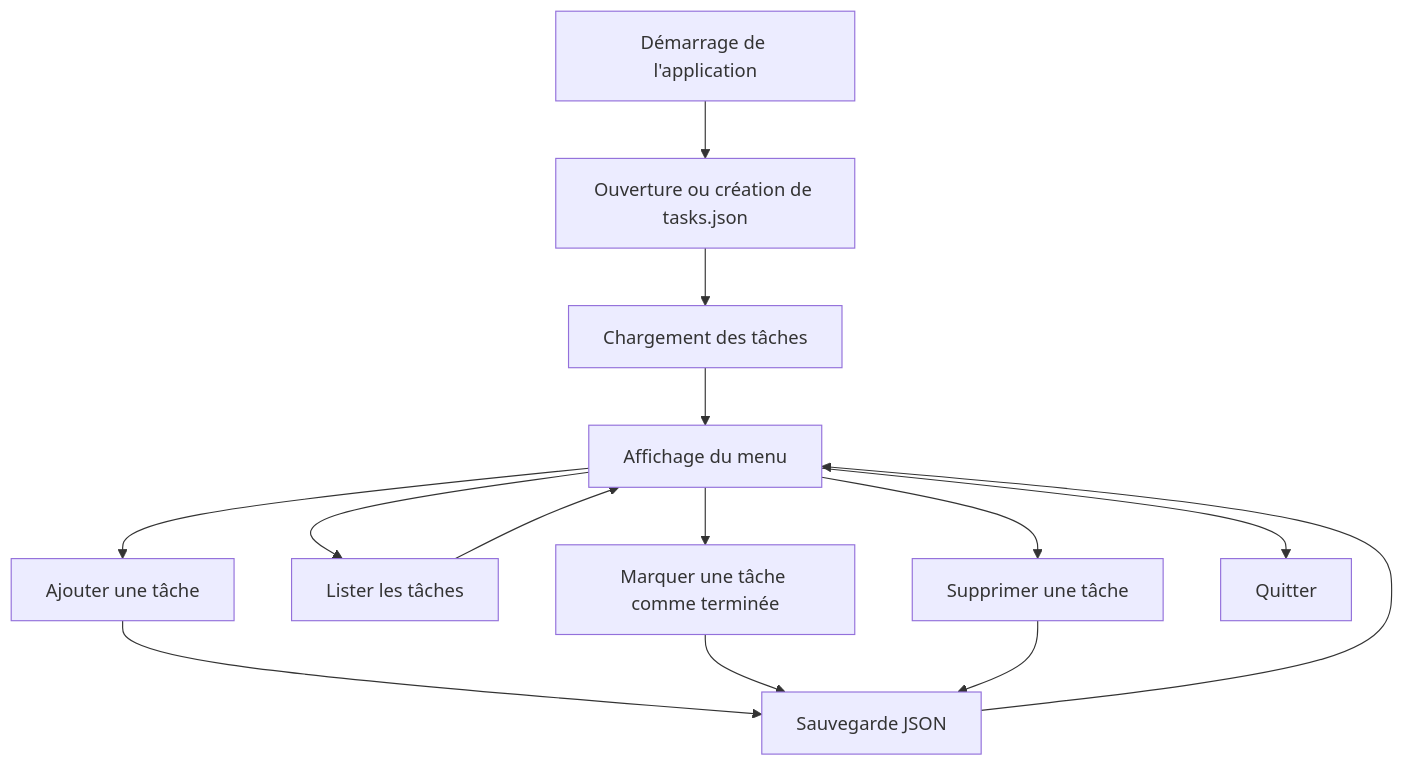
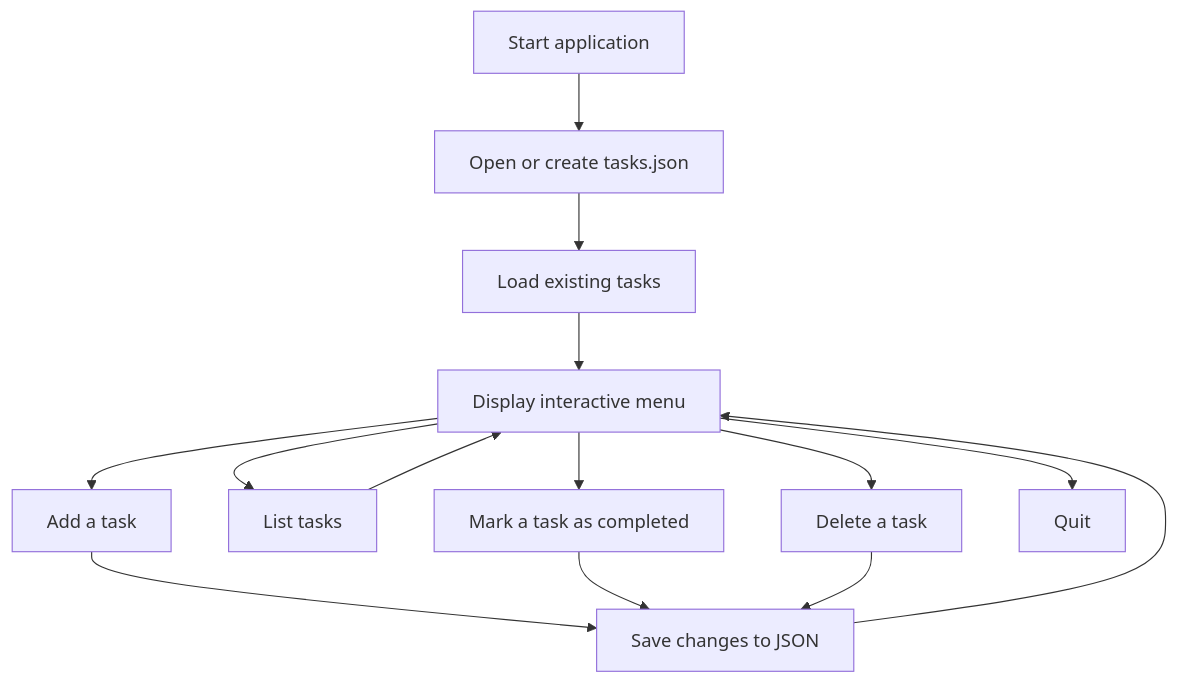
Before and after one commit to bidyhandrianarison/task-cli-manager: the first of 3 diagrams in README.md, drawn with Mermaid. The commit also changed other lines of this file, not shown here.

````diff
--- a/README.md
+++ b/README.md
@@ -82,19 +85,19 @@
 ```mermaid
 flowchart TD
-    A[Démarrage de l'application] --> B[Ouverture ou création de tasks.json]
-    B --> C[Chargement des tâches]
-    C --> D[Affichage du menu]
+    A[Start application] --> B[Open or create tasks.json]
+    B --> C[Load existing tasks]
+    C --> D[Display interactive menu]
 
-    D --> E[Ajouter une tâche]
-    D --> F[Lister les tâches]
-    D --> G[Marquer une tâche comme terminée]
-    D --> H[Supprimer une tâche]
-    D --> I[Quitter]
+    D --> E[Add a task]
+    D --> F[List tasks]
+    D --> G[Mark a task as completed]
+    D --> H[Delete a task]
+    D --> I[Quit]
 
-    E --> J[Sauvegarde JSON]
+    E --> J[Save changes to JSON]
     G --> J
     H --> J
 
     J --> D
     F --> D
 ```
````
